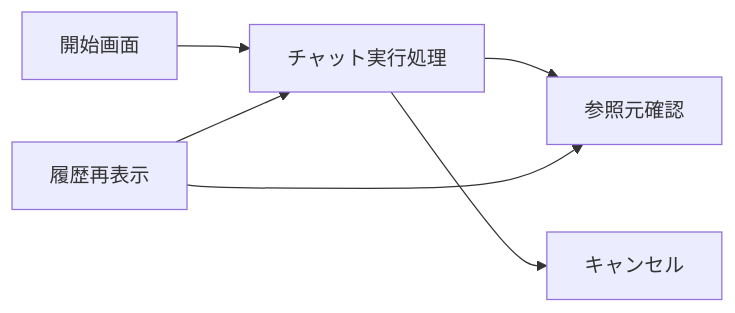
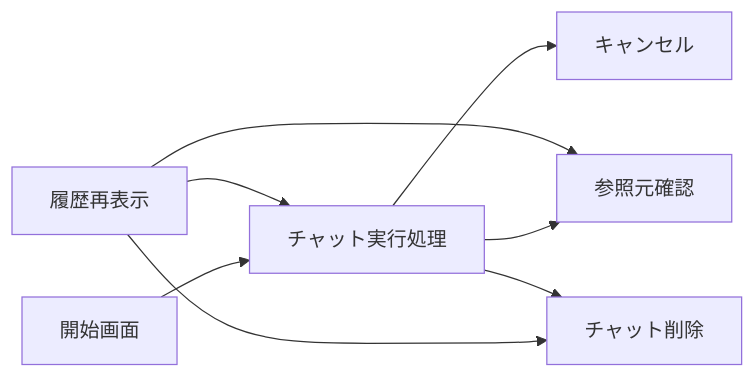
One commit to mincsys/D-Concierge changed the diagram in docs/02_外部設計/02_業務設計/業務一覧.md. Above: the diagram before and after it, drawn with Mermaid. The commit also changed other lines of this file and 11 other files, not shown here.

````diff
--- a/docs/02_外部設計/02_業務設計/業務一覧.md
+++ b/docs/02_外部設計/02_業務設計/業務一覧.md
@@ -23,14 +24,17 @@
 ```mermaid
 flowchart LR
     start["開始画面"]
     chat["チャット実行処理"]
     cancel["キャンセル"]
     history["履歴再表示"]
+    delete["チャット削除"]
     source["参照元確認"]
 
     start --> chat
     chat --> source
     chat --> cancel
     history --> source
     history --> chat
+    history --> delete
+    chat --> delete
 ```
````
